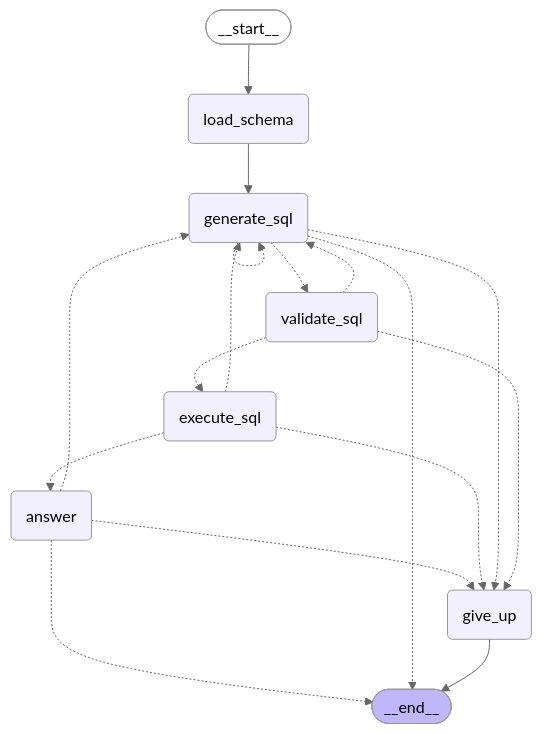
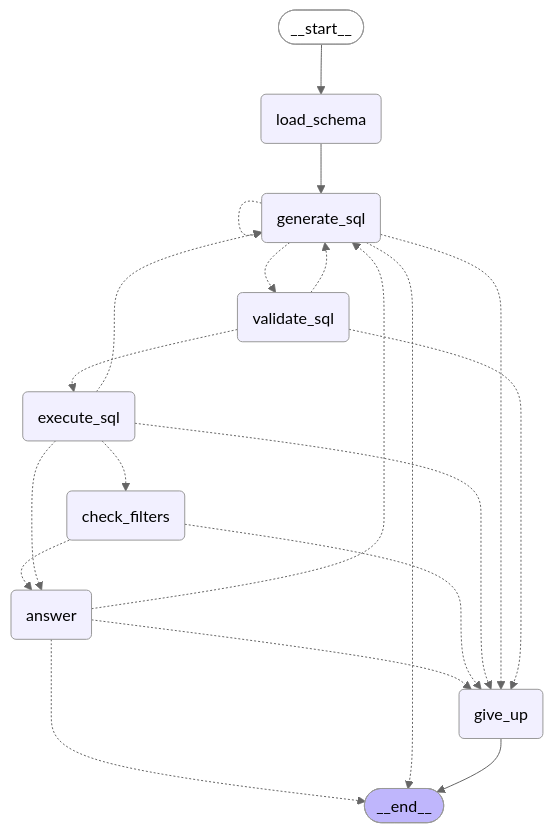
One commit to azizipetrit/university-qa-agent changed the diagram in README.md. Above: the diagram before and after it, drawn with Mermaid (neutral theme). The commit also changed other lines of this file and 40 other files, not shown here.

````diff
--- a/README.md
+++ b/README.md
@@ -35,30 +35,34 @@
 ```mermaid
 graph TD;
     __start__([<p>__start__</p>]):::first
     load_schema(load_schema)
     generate_sql(generate_sql)
     validate_sql(validate_sql)
     execute_sql(execute_sql)
+    check_filters(check_filters)
     answer(answer)
     give_up(give_up)
     __end__([<p>__end__</p>]):::last
     __start__ --> load_schema;
     answer -.-> __end__;
     answer -.-> generate_sql;
     answer -.-> give_up;
+    check_filters -.-> answer;
+    check_filters -.-> give_up;
     execute_sql -.-> answer;
+    execute_sql -.-> check_filters;
     execute_sql -.-> generate_sql;
     execute_sql -.-> give_up;
     generate_sql -.-> __end__;
     generate_sql -.-> give_up;
     generate_sql -.-> validate_sql;
     load_schema --> generate_sql;
     validate_sql -.-> execute_sql;
     validate_sql -.-> generate_sql;
     validate_sql -.-> give_up;
     give_up --> __end__;
     generate_sql -.-> generate_sql;
     classDef default fill:#f2f0ff,line-height:1.2
     classDef first fill-opacity:0
     classDef last fill:#bfb6fc
 ```
````
